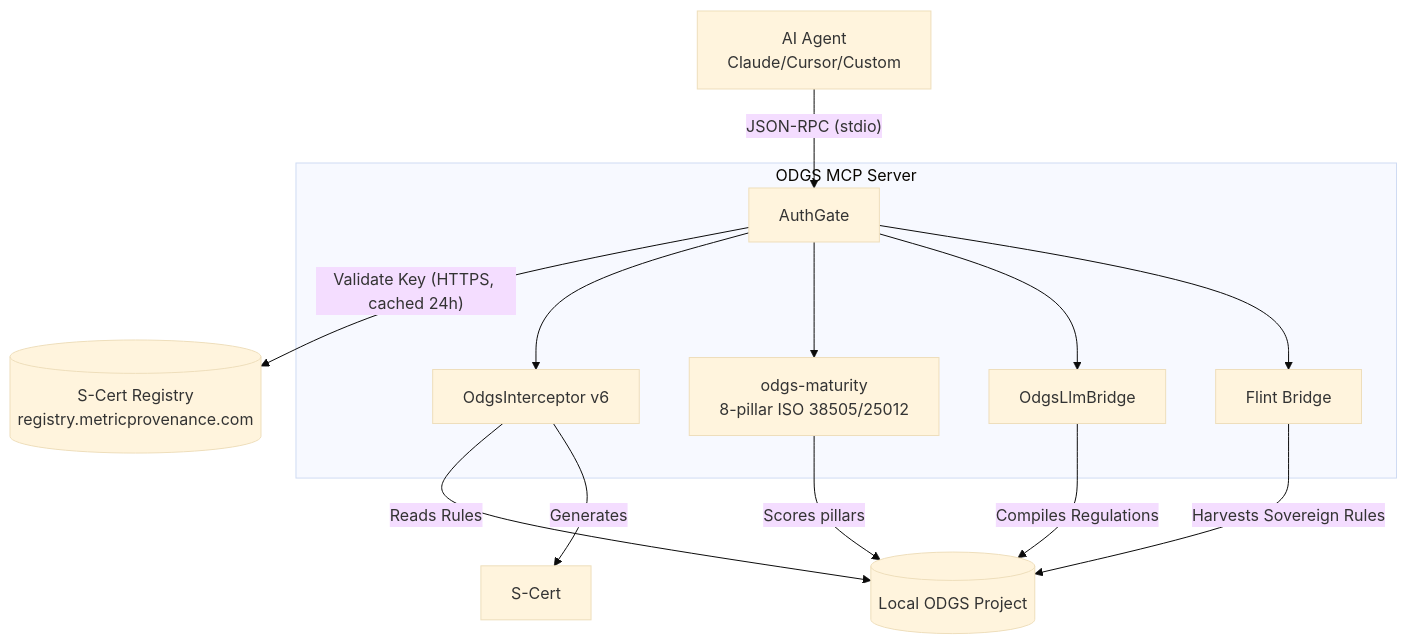
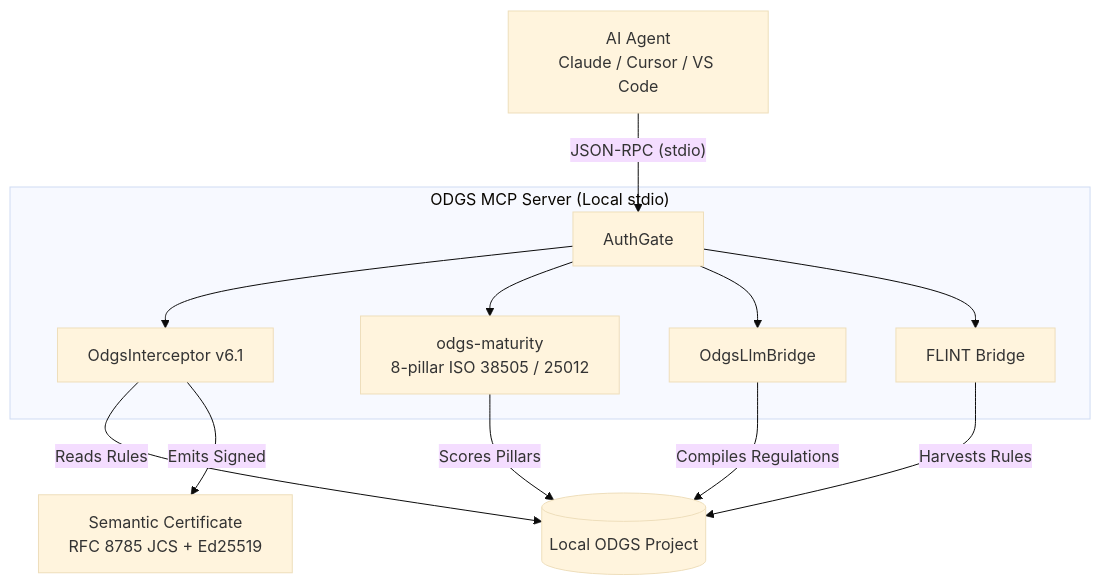
One commit to MetricProvenance/odgs-mcp-server changed the diagram in README.md. Above: the diagram before and after it, drawn with Mermaid (base theme). The commit also changed other lines of this file, not shown here.

Commit message:
docs: add MCPRUSH Grade A badge, update to v0.4.0, add Claude Code CLI & Semantic Certificate docs

````diff
--- a/README.md
+++ b/README.md
@@ -176,28 +136,26 @@
 ```mermaid
 flowchart TB
-    Agent[AI Agent\nClaude/Cursor/Custom]
+    Agent[AI Agent<br/>Claude / Cursor / VS Code]
     
-    subgraph "ODGS MCP Server"
+    subgraph "ODGS MCP Server (Local stdio)"
         Auth[AuthGate]
-        Val[OdgsInterceptor v6]
-        Maturity[odgs-maturity\n8-pillar ISO 38505/25012]
+        Val[OdgsInterceptor v6.1]
+        Maturity[odgs-maturity<br/>8-pillar ISO 38505 / 25012]
         LLM[OdgsLlmBridge]
-        Flint[Flint Bridge]
+        Flint[FLINT Bridge]
     end
     
-    Reg[(S-Cert Registry\nregistry.metricprovenance.com)]
     Project[(Local ODGS Project)]
 
     Agent -- "JSON-RPC (stdio)" --> Auth
-    Auth -- "Validate Key (HTTPS, cached 24h)" --> Reg
     Auth --> Val
     Auth --> Maturity
     Auth --> LLM
     Auth --> Flint
     
     Val -- "Reads Rules" --> Project
-    Val -- "Generates" --> SCert[S-Cert]
-    Maturity -- "Scores pillars" --> Project
+    Val -- "Emits Signed" --> SCert[Semantic Certificate<br/>RFC 8785 JCS + Ed25519]
+    Maturity -- "Scores Pillars" --> Project
     LLM -- "Compiles Regulations" --> Project
-    Flint -- "Harvests Sovereign Rules" --> Project
+    Flint -- "Harvests Rules" --> Project
 ```
````
